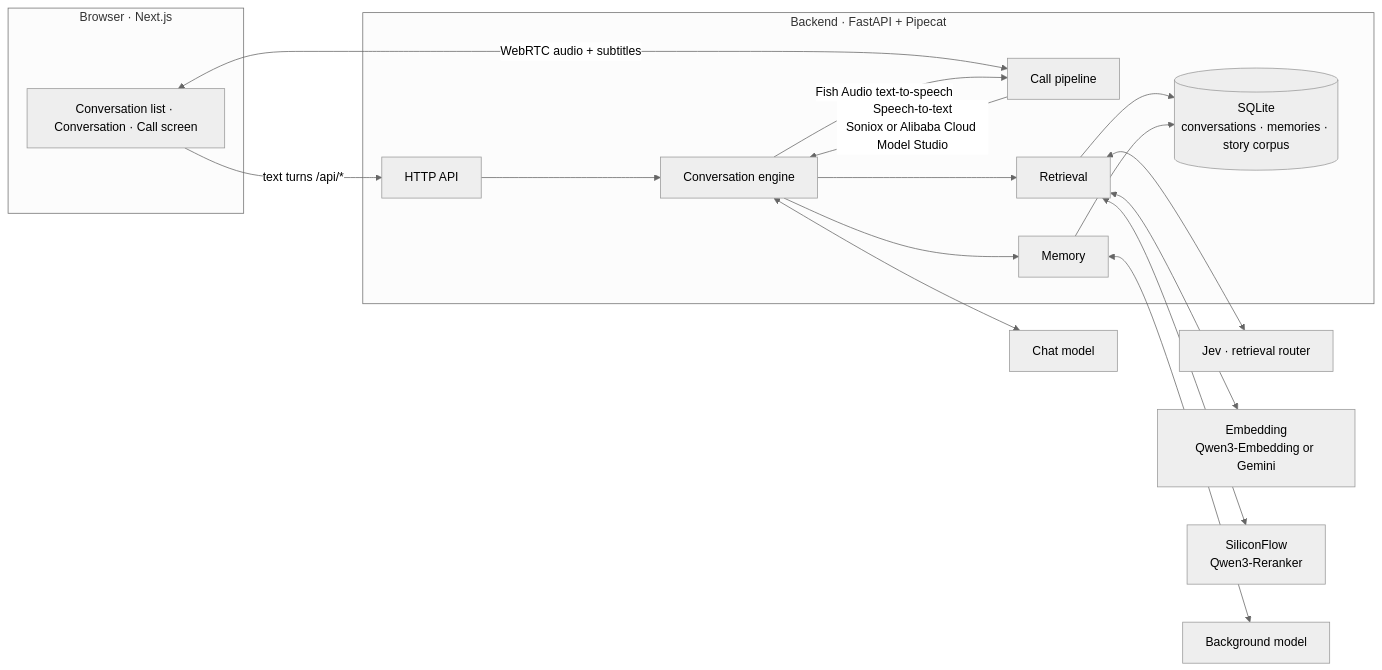
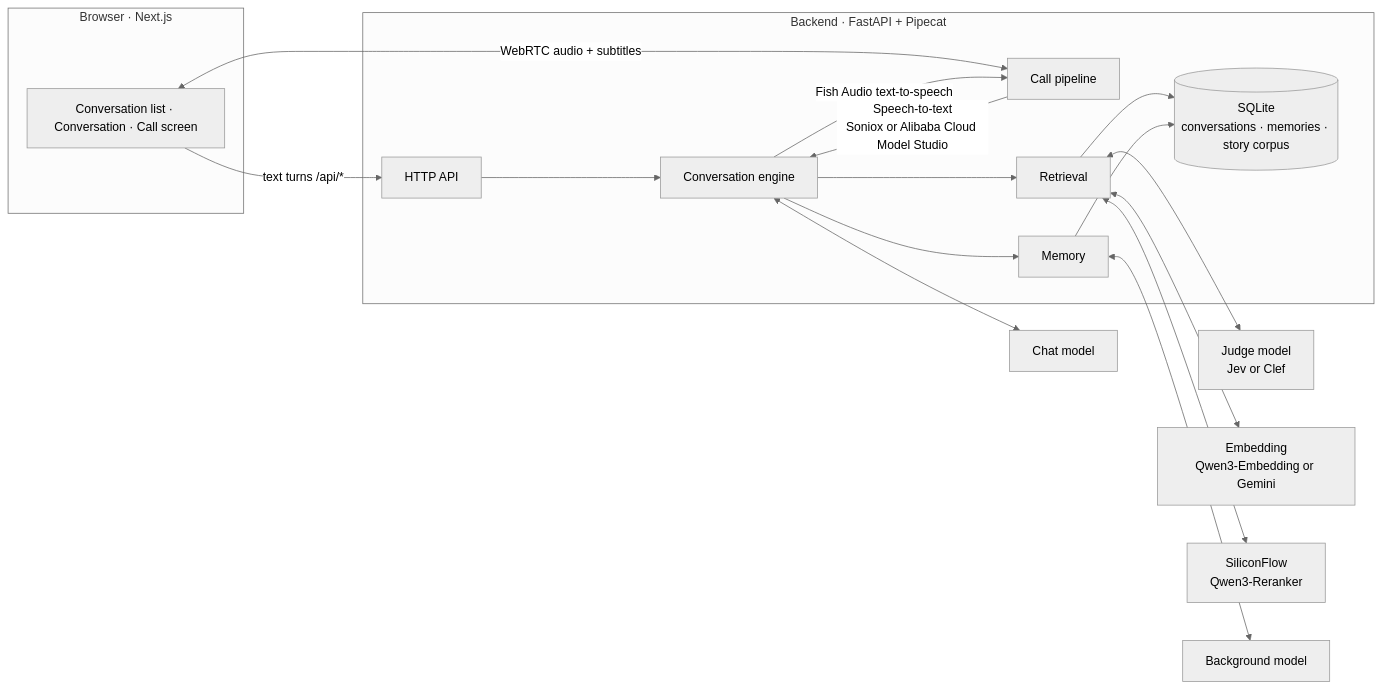
Before and after one commit to 3aKHP/idolum: the first of 2 diagrams in README.en.md, drawn with Mermaid (neutral theme). The commit also changed other lines of this file and 6 other files, not shown here.

````diff
--- a/README.en.md
+++ b/README.en.md
@@ -80,30 +80,30 @@
 ```mermaid
 flowchart LR
     subgraph Browser["Browser · Next.js"]
         UI["Conversation list · Conversation · Call screen"]
     end
 
     subgraph Backend["Backend · FastAPI + Pipecat"]
         API["HTTP API"]
         Call["Call pipeline"]
         Engine["Conversation engine"]
         Retrieval["Retrieval"]
         Memory["Memory"]
         DB[("SQLite<br/>conversations · memories · story corpus")]
     end
 
     UI -- "text turns /api/*" --> API
     UI <-- "WebRTC audio + subtitles" --> Call
     API --> Engine
     Call -- "Speech-to-text<br/>Soniox or Alibaba Cloud Model Studio" --> Engine
     Engine -- "Fish Audio text-to-speech" --> Call
     Engine --> Retrieval
     Engine --> Memory
     Retrieval --> DB
     Memory --> DB
     Engine <--> ChatLLM["Chat model"]
-    Retrieval <--> Jev["Jev · retrieval router"]
+    Retrieval <--> Jev["Judge model<br/>Jev or Clef"]
     Retrieval <--> Emb["Embedding<br/>Qwen3-Embedding or Gemini"]
     Retrieval <--> SF["SiliconFlow<br/>Qwen3-Reranker"]
     Memory <--> BgLLM["Background model"]
 ```
````
